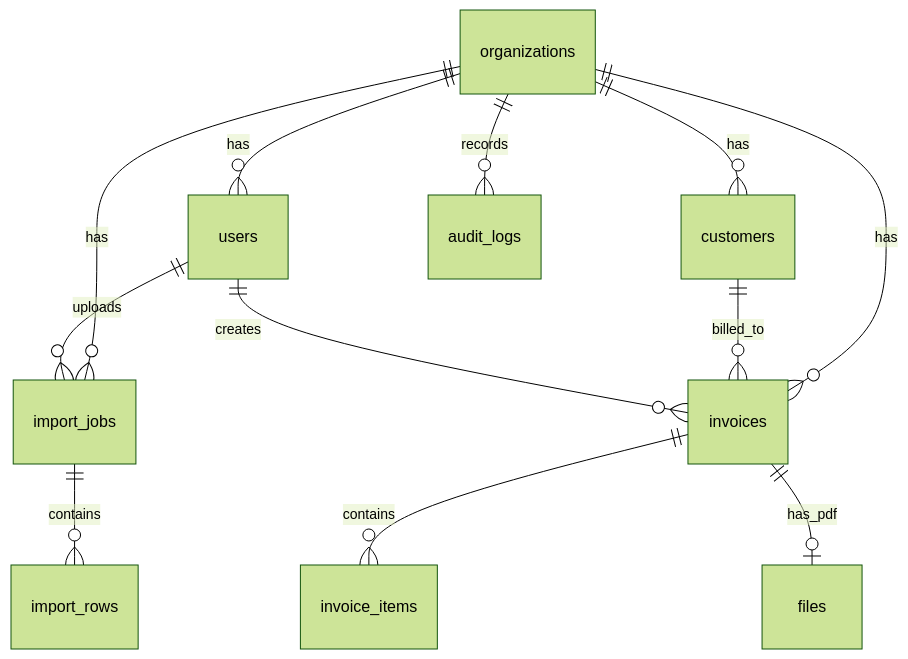
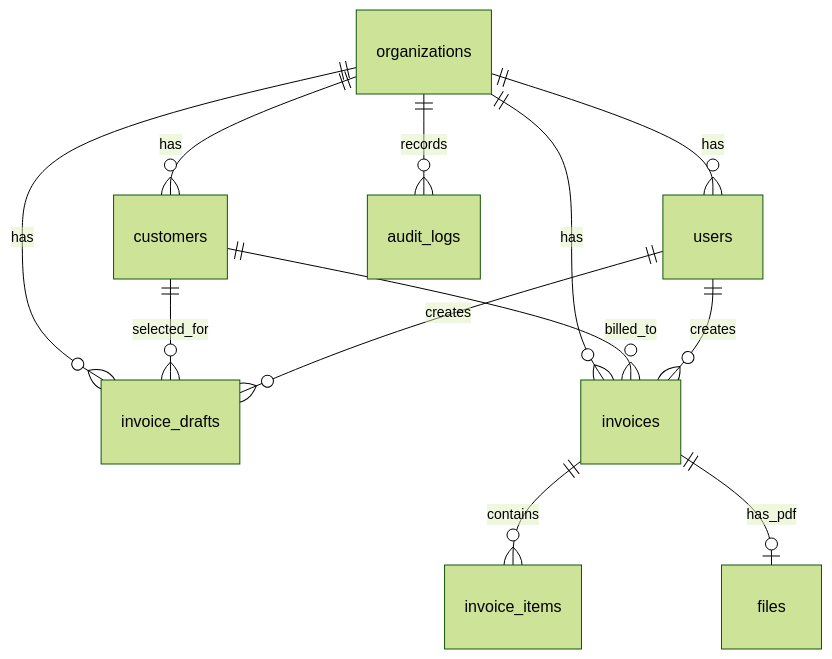
Before and after one commit to hiroto11111/dop-app: the second of 3 diagrams in AGENTS.md, drawn with Mermaid (forest theme). The commit also changed other lines of this file and 3 other files, not shown here.

````diff
--- a/AGENTS.md
+++ b/AGENTS.md
@@ -246,14 +252,14 @@
 ```mermaid
 erDiagram
     organizations ||--o{ users : has
     organizations ||--o{ customers : has
-    organizations ||--o{ import_jobs : has
-    import_jobs ||--o{ import_rows : contains
+    organizations ||--o{ invoice_drafts : has
     organizations ||--o{ invoices : has
+    customers ||--o{ invoice_drafts : selected_for
     customers ||--o{ invoices : billed_to
     invoices ||--o{ invoice_items : contains
     invoices ||--o| files : has_pdf
     organizations ||--o{ audit_logs : records
-    users ||--o{ import_jobs : uploads
+    users ||--o{ invoice_drafts : creates
     users ||--o{ invoices : creates
 ```
````
